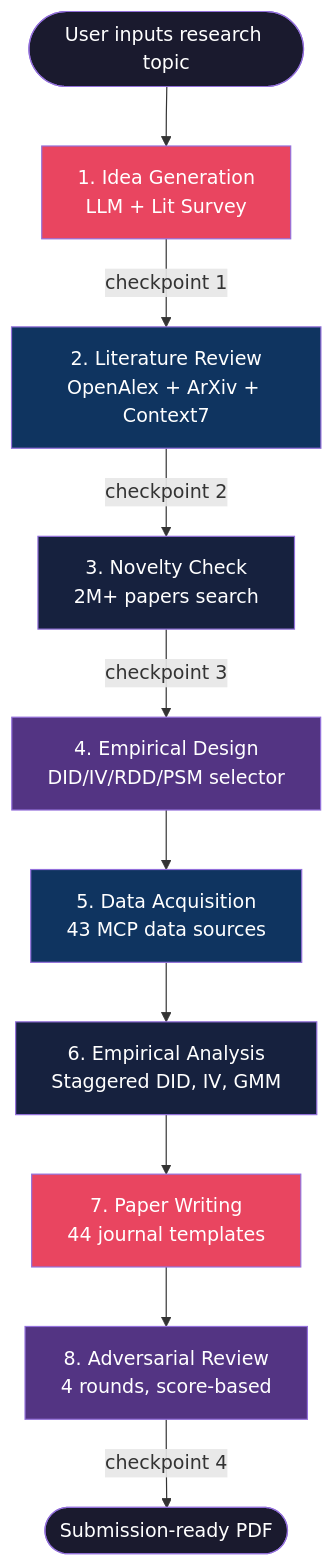
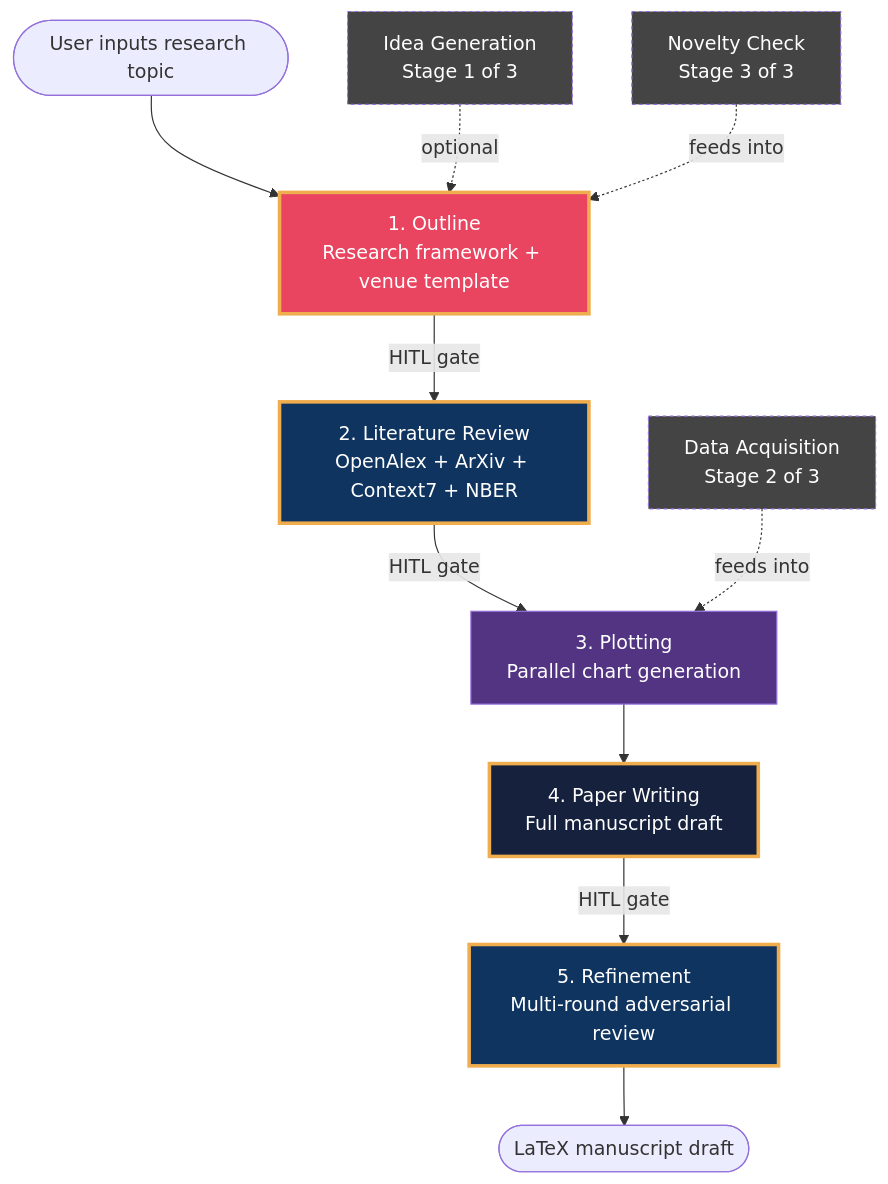
Before and after one commit to csmar432/finai-research: the first of 2 diagrams in README.md, drawn with Mermaid. The commit also changed other lines of this file and 13 other files, not shown here.

````diff
--- a/README.md
+++ b/README.md
@@ -495,23 +496,25 @@
 ```mermaid
 flowchart TD
-    Start([User inputs research topic]) --> S1[1. Idea Generation<br/>LLM + Lit Survey]
-    S1 -->|checkpoint 1| S2[2. Literature Review<br/>OpenAlex + ArXiv + Context7]
-    S2 -->|checkpoint 2| S3[3. Novelty Check<br/>2M+ papers search]
-    S3 -->|checkpoint 3| S4[4. Empirical Design<br/>DID/IV/RDD/PSM selector]
-    S4 --> S5[5. Data Acquisition<br/>43 MCP data sources]
-    S5 --> S6[6. Empirical Analysis<br/>Staggered DID, IV, GMM]
-    S6 --> S7[7. Paper Writing<br/>44 journal templates]
-    S7 --> S8[8. Adversarial Review<br/>4 rounds, score-based]
-    S8 -->|checkpoint 4| Done([Submission-ready PDF])
+    Start([User inputs research topic]) --> P1[1. Outline<br/>Research framework + venue template]
+    P1 -->|HITL gate| P2[2. Literature Review<br/>OpenAlex + ArXiv + Context7 + NBER]
+    P2 -->|HITL gate| P3[3. Plotting<br/>Parallel chart generation]
+    P3 --> P4[4. Paper Writing<br/>Full manuscript draft]
+    P4 -->|HITL gate| P5[5. Refinement<br/>Multi-round adversarial review]
+    P5 --> Done([LaTeX manuscript draft])
 
-    style S1 fill:#e94560,color:#fff
-    style S2 fill:#0f3460,color:#fff
-    style S3 fill:#16213e,color:#fff
-    style S4 fill:#533483,color:#fff
-    style S5 fill:#0f3460,color:#fff
-    style S6 fill:#16213e,color:#fff
-    style S7 fill:#e94560,color:#fff
-    style S8 fill:#533483,color:#fff
-    style Start fill:#1a1a2e,color:#fff
-    style Done fill:#1a1a2e,color:#fff
+    IdeaStage[Idea Generation<br/>Stage 1 of 3] -.->|optional| P1
+    DataStage[Data Acquisition<br/>Stage 2 of 3] -.->|feeds into| P3
+    NoveltyStage[Novelty Check<br/>Stage 3 of 3] -.->|feeds into| P1
+
+    style P1 fill:#e94560,color:#fff
+    style P2 fill:#0f3460,color:#fff
+    style P3 fill:#533483,color:#fff
+    style P4 fill:#16213e,color:#fff
+    style P5 fill:#0f3460,color:#fff
+    style IdeaStage fill:#444,color:#fff,stroke-dasharray:3
+    style DataStage fill:#444,color:#fff,stroke-dasharray:3
+    style NoveltyStage fill:#444,color:#fff,stroke-dasharray:3
+
+    classDef hitl_gate stroke:#f0ad4e,stroke-width:3px
+    class P1,P2,P4,P5 hitl_gate
 ```
````
